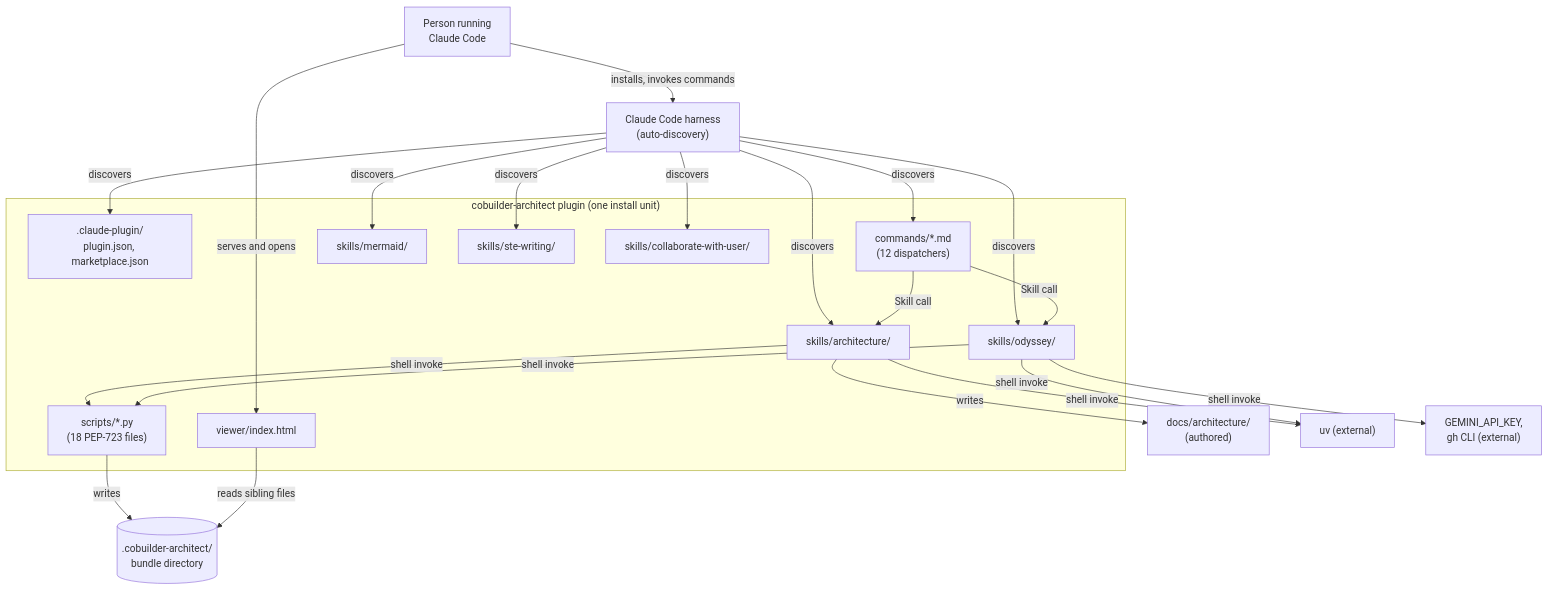
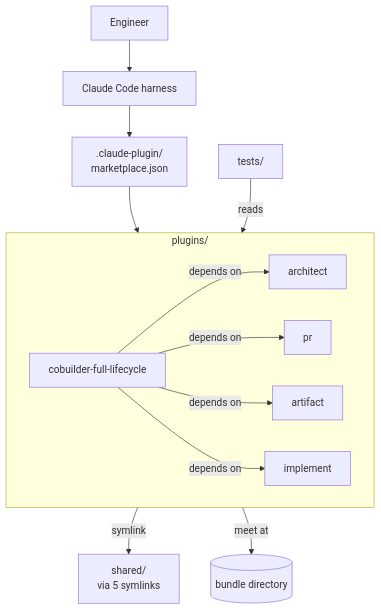
One commit to bjornslib/cobuilder-plugin changed the first of 2 diagrams in docs/architecture/contexts/cobuilder-packaging/canvas.md. Above: the diagram before and after it, drawn with Mermaid. The commit also changed other lines of this file and 14 other files, not shown here.

First line of the commit message:
Describe the five plugins and the shared folder as bounded contexts

````diff
--- a/docs/architecture/contexts/cobuilder-packaging/canvas.md
+++ b/docs/architecture/contexts/cobuilder-packaging/canvas.md
@@ -117,45 +75,27 @@
 ```mermaid
 flowchart TB
-    person["Person running<br/>Claude Code"]
-    harness["Claude Code harness<br/>(auto-discovery)"]
+    eng["Engineer"]
+    harness["Claude Code harness"]
+    market[".claude-plugin/<br/>marketplace.json"]
+    subgraph plugins["plugins/"]
+        arch["architect"]
+        pr["pr"]
+        art["artifact"]
+        imp["implement"]
+        umb["cobuilder-full-lifecycle"]
+    end
+    shared["shared/<br/>via 5 symlinks"]
+    bundle[("bundle directory")]
+    tests["tests/"]
 
-    subgraph plugin["cobuilder-architect plugin (one install unit)"]
-        manifest[".claude-plugin/<br/>plugin.json, marketplace.json"]
-        cmds["commands/*.md<br/>(12 dispatchers)"]
-        skl_arch["skills/architecture/"]
-        skl_ody["skills/odyssey/"]
-        skl_merm["skills/mermaid/"]
-        skl_ste["skills/ste-writing/"]
-        skl_collab["skills/collaborate-with-user/"]
-        scr["scripts/*.py<br/>(18 PEP-723 files)"]
-        view["viewer/index.html"]
-    end
-
-    bundle[(".cobuilder-architect/<br/>bundle directory")]
-    repo_docs["docs/architecture/<br/>(authored)"]
-    uv["uv (external)"]
-    gemini["GEMINI_API_KEY,<br/>gh CLI (external)"]
-
-    person -->|installs, invokes commands| harness
-    harness -->|discovers| manifest
-    harness -->|discovers| cmds
-    harness -->|discovers| skl_arch
-    harness -->|discovers| skl_ody
-    harness -->|discovers| skl_merm
-    harness -->|discovers| skl_ste
-    harness -->|discovers| skl_collab
-
-    cmds -->|Skill call| skl_arch
-    cmds -->|Skill call| skl_ody
-
-    skl_arch -->|shell invoke| scr
-    skl_ody -->|shell invoke| scr
-    skl_arch -->|shell invoke| uv
-    skl_ody -->|shell invoke| uv
-    skl_ody -->|shell invoke| gemini
-
-    scr -->|writes| bundle
-    skl_arch -->|writes| repo_docs
-    view -->|reads sibling files| bundle
-    person -->|serves and opens| view
+    eng --> harness
+    harness --> market
+    market --> plugins
+    umb -->|depends on| arch
+    umb -->|depends on| pr
+    umb -->|depends on| art
+    umb -->|depends on| imp
+    plugins -->|symlink| shared
+    plugins -->|meet at| bundle
+    tests -->|reads| plugins
 ```
````
